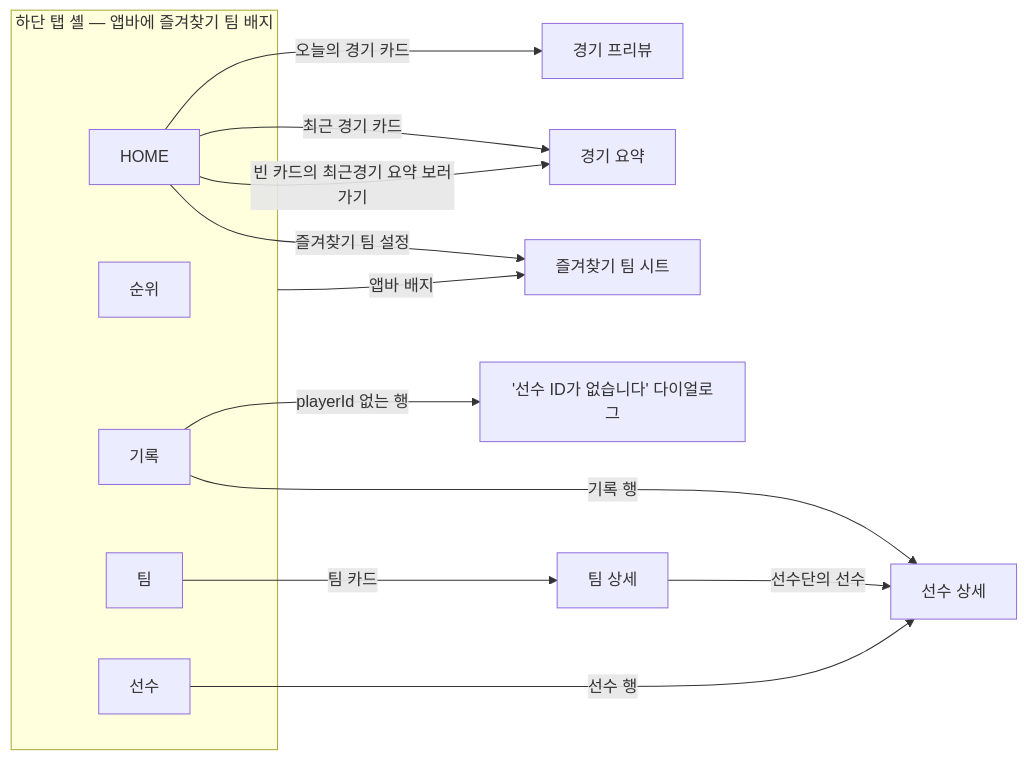
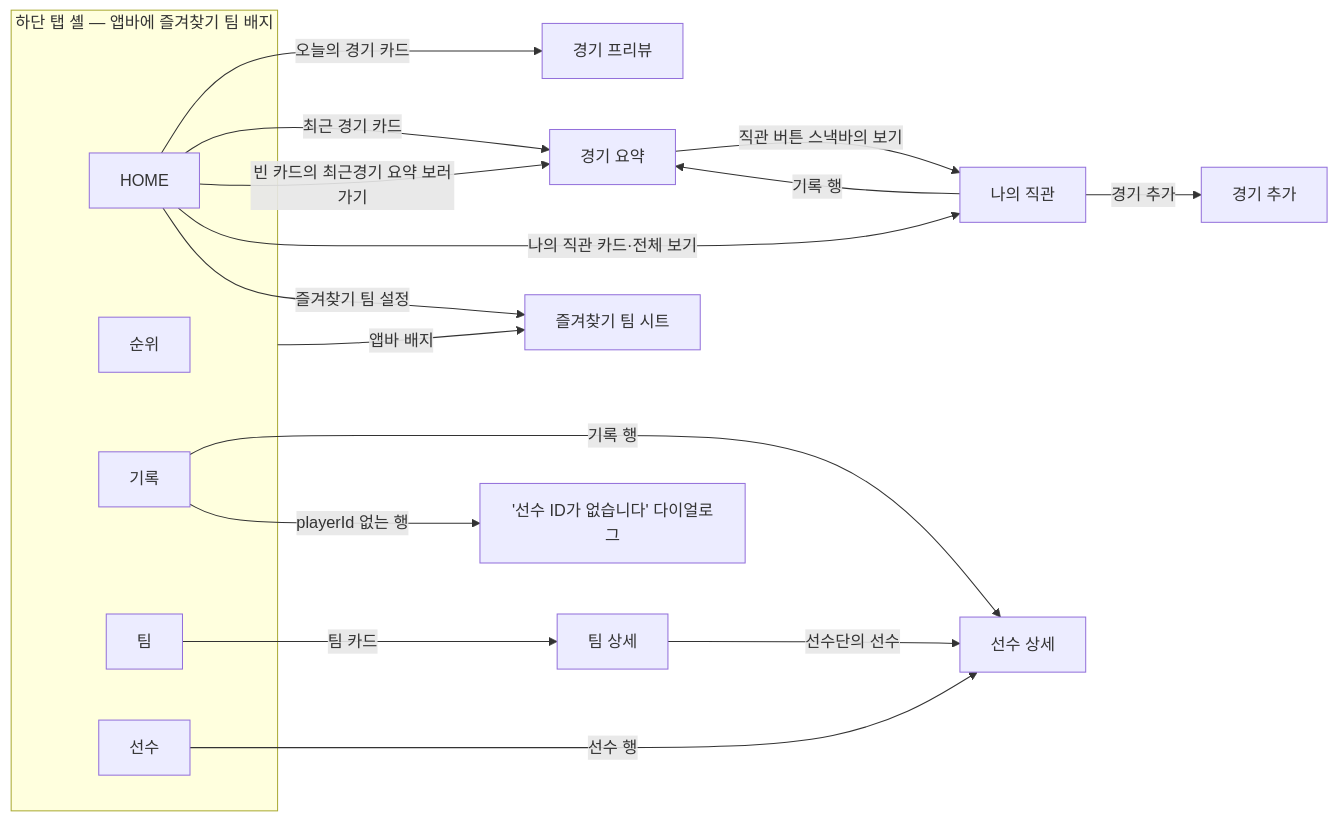
Before and after one commit to shot013/doo_kbo_app: the diagram in docs/TEST_SCENARIOS.md, drawn with Mermaid. The commit also changed other lines of this file, not shown here.

````diff
--- a/docs/TEST_SCENARIOS.md
+++ b/docs/TEST_SCENARIOS.md
@@ -14,20 +14,24 @@
 ```mermaid
 flowchart LR
   subgraph Shell["하단 탭 셸 — 앱바에 즐겨찾기 팀 배지"]
     HOME["HOME"]
     STD["순위"]
     REC["기록"]
     TEAM["팀"]
     PLY["선수"]
   end
   HOME -- "오늘의 경기 카드" --> PRE["경기 프리뷰"]
   HOME -- "최근 경기 카드" --> SUM["경기 요약"]
   HOME -- "빈 카드의 최근경기 요약 보러가기" --> SUM
+  HOME -- "나의 직관 카드·전체 보기" --> ATT["나의 직관"]
+  SUM -- "직관 버튼 스낵바의 보기" --> ATT
+  ATT -- "경기 추가" --> ADD["경기 추가"]
+  ATT -- "기록 행" --> SUM
   HOME -- "즐겨찾기 팀 설정" --> FAVS["즐겨찾기 팀 시트"]
   Shell -- "앱바 배지" --> FAVS
   REC -- "기록 행" --> PD["선수 상세"]
   REC -- "playerId 없는 행" --> DLG["'선수 ID가 없습니다' 다이얼로그"]
   TEAM -- "팀 카드" --> TD["팀 상세"]
   TD -- "선수단의 선수" --> PD
   PLY -- "선수 행" --> PD
 ```
````
